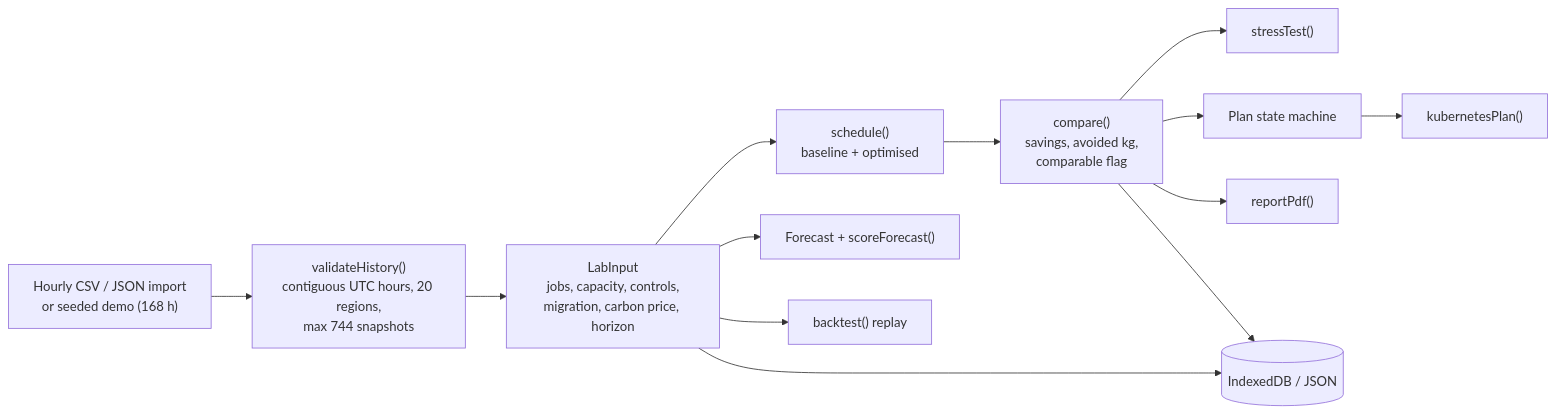
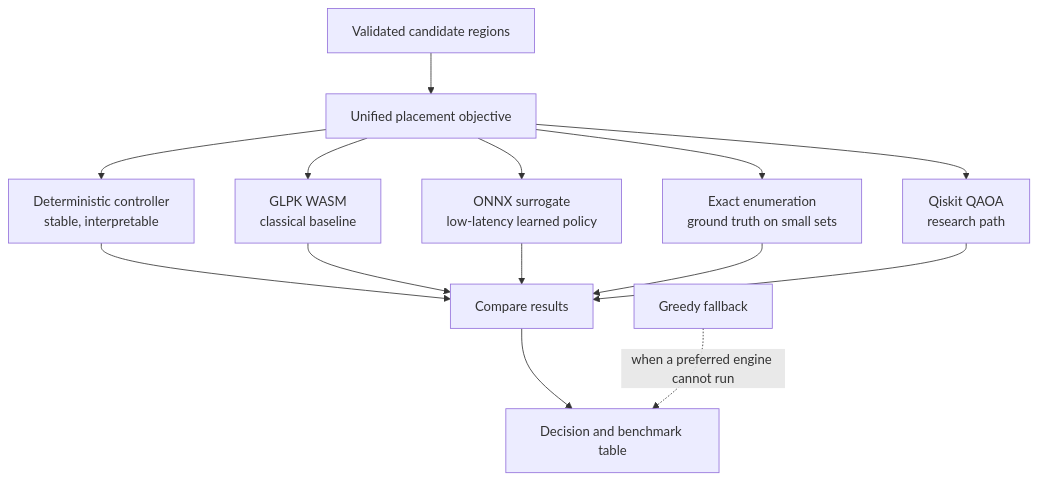
One commit to prantikchanda21/Carbon-Ledger changed the second of 8 diagrams in README.md. Above: the diagram before and after it, drawn with Mermaid. The commit also changed other lines of this file, not shown here.

````diff
--- a/README.md
+++ b/README.md
@@ -514,15 +179,16 @@
 ```mermaid
-flowchart LR
-  CSV["Hourly CSV / JSON import<br/>or seeded demo (168 h)"] --> VAL["validateHistory()<br/>contiguous UTC hours, 20 regions,<br/>max 744 snapshots"]
-  VAL --> INPUT["LabInput<br/>jobs, capacity, controls,<br/>migration, carbon price, horizon"]
-  INPUT --> SCH["schedule()<br/>baseline + optimised"]
-  SCH --> CMP["compare()<br/>savings, avoided kg,<br/>comparable flag"]
-  INPUT --> FOR["Forecast + scoreForecast()"]
-  INPUT --> REP["backtest() replay"]
-  CMP --> STRESS["stressTest()"]
-  CMP --> PLAN["Plan state machine"]
-  CMP --> PDF["reportPdf()"]
-  PLAN --> K8S["kubernetesPlan()"]
-  INPUT --> SAVE[("IndexedDB / JSON")]
-  CMP --> SAVE
+flowchart TB
+    INPUT["Validated candidate regions"] --> OBJ["Unified placement objective"]
+    OBJ --> E1["Deterministic controller<br/>stable, interpretable"]
+    OBJ --> E2["GLPK WASM<br/>classical baseline"]
+    OBJ --> E3["ONNX surrogate<br/>low-latency learned policy"]
+    OBJ --> E4["Exact enumeration<br/>ground truth on small sets"]
+    OBJ --> E5["Qiskit QAOA<br/>research path"]
+    E1 --> CMP["Compare results"]
+    E2 --> CMP
+    E3 --> CMP
+    E4 --> CMP
+    E5 --> CMP
+    CMP --> DEC["Decision and benchmark table"]
+    FB["Greedy fallback"] -.->|"when a preferred engine cannot run"| DEC
 ```
````
